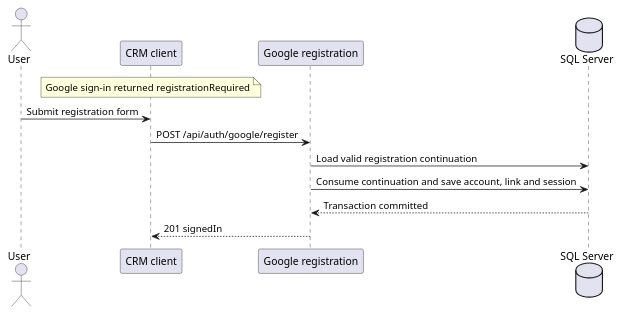
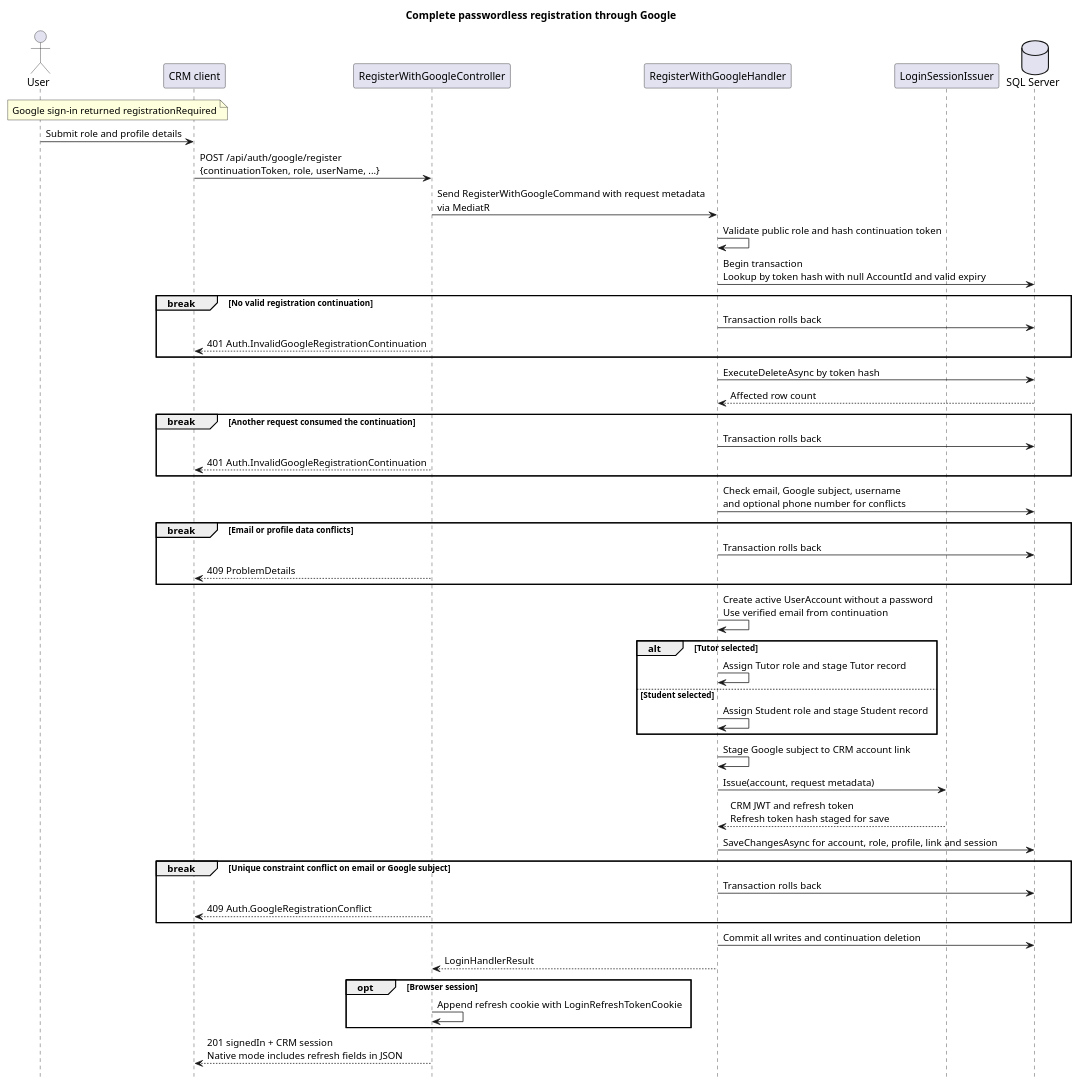
One commit to JStec0312/Tutoring-CRM-System changed the diagram in docs/technical_docs/backend_docs/user_stories/us_073/diagrams/register-with-google.puml. Above: the diagram before and after it, drawn with PlantUML. The commit also changed 21 other files, not shown here.

Commit message:
re #167 added sign in with google button now and completed docs

```diff
--- a/docs/technical_docs/backend_docs/user_stories/us_073/diagrams/register-with-google.puml
+++ b/docs/technical_docs/backend_docs/user_stories/us_073/diagrams/register-with-google.puml
@@ -1,14 +1,53 @@
-@startuml
+@startuml register-with-google
+title Complete passwordless registration through Google
+hide footbox
+
 actor User
 participant "CRM client" as Client
-participant "Google registration" as Registration
+participant RegisterWithGoogleController as Controller
+participant RegisterWithGoogleHandler as Handler
+participant LoginSessionIssuer as Session
 database "SQL Server" as Database
 
-note over Client: Google sign-in returned registrationRequired
-User -> Client: Submit registration form
-Client -> Registration: POST /api/auth/google/register
-Registration -> Database: Load valid registration continuation
-Registration -> Database: Consume continuation and save account, link and session
-Database --> Registration: Transaction committed
-Registration --> Client: 201 signedIn
+note over User,Client: Google sign-in returned registrationRequired
+User -> Client: Submit role and profile details
+Client -> Controller: POST /api/auth/google/register\n{continuationToken, role, userName, ...}
+Controller -> Handler: Send RegisterWithGoogleCommand with request metadata\nvia MediatR
+Handler -> Handler: Validate public role and hash continuation token
+Handler -> Database: Begin transaction\nLookup by token hash with null AccountId and valid expiry
+break No valid registration continuation
+    Handler -> Database: Transaction rolls back
+    Controller --> Client: 401 Auth.InvalidGoogleRegistrationContinuation
+end
+Handler -> Database: ExecuteDeleteAsync by token hash
+Database --> Handler: Affected row count
+break Another request consumed the continuation
+    Handler -> Database: Transaction rolls back
+    Controller --> Client: 401 Auth.InvalidGoogleRegistrationContinuation
+end
+Handler -> Database: Check email, Google subject, username\nand optional phone number for conflicts
+break Email or profile data conflicts
+    Handler -> Database: Transaction rolls back
+    Controller --> Client: 409 ProblemDetails
+end
+Handler -> Handler: Create active UserAccount without a password\nUse verified email from continuation
+alt Tutor selected
+    Handler -> Handler: Assign Tutor role and stage Tutor record
+else Student selected
+    Handler -> Handler: Assign Student role and stage Student record
+end
+Handler -> Handler: Stage Google subject to CRM account link
+Handler -> Session: Issue(account, request metadata)
+Session --> Handler: CRM JWT and refresh token\nRefresh token hash staged for save
+Handler -> Database: SaveChangesAsync for account, role, profile, link and session
+break Unique constraint conflict on email or Google subject
+    Handler -> Database: Transaction rolls back
+    Controller --> Client: 409 Auth.GoogleRegistrationConflict
+end
+Handler -> Database: Commit all writes and continuation deletion
+Handler --> Controller: LoginHandlerResult
+opt Browser session
+    Controller -> Controller: Append refresh cookie with LoginRefreshTokenCookie
+end
+Controller --> Client: 201 signedIn + CRM session\nNative mode includes refresh fields in JSON
 @enduml
```
